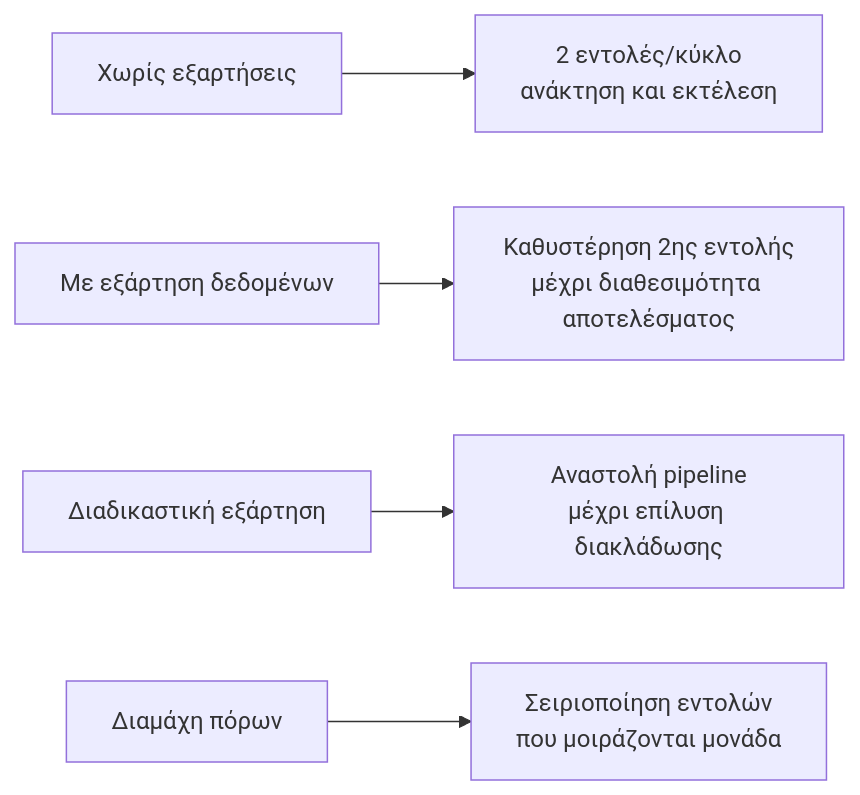
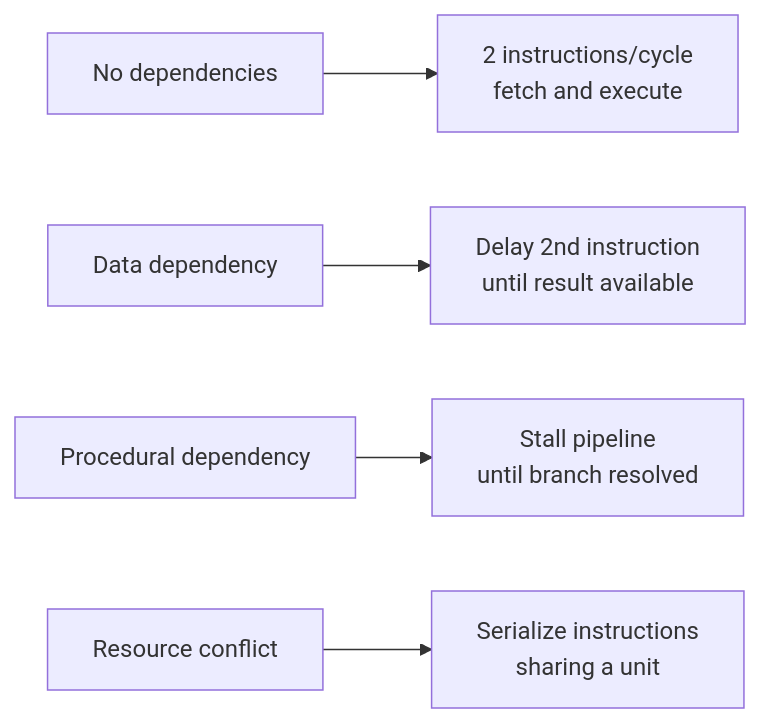
One commit to PanagopoulosNikolaos/DitOpenNotes changed the fourth of 11 diagrams in Year_2/Semester_3/COMPUTER_ARCHITECTURE/Resources/Notes/Superscalar-Processors-Notes-9.md. Above: the diagram before and after it, drawn with Mermaid. The commit also changed other lines of this file and 50 other files, not shown here.

````diff
--- a/Year_2/Semester_3/COMPUTER_ARCHITECTURE/Resources/Notes/Superscalar-Processors-Notes-9.md
+++ b/Year_2/Semester_3/COMPUTER_ARCHITECTURE/Resources/Notes/Superscalar-Processors-Notes-9.md
@@ -180,7 +180,7 @@
 ```mermaid
 flowchart LR
-    A[Χωρίς εξαρτήσεις] --> B[2 εντολές/κύκλο<br/>ανάκτηση και εκτέλεση]
-    C[Με εξάρτηση δεδομένων] --> D[Καθυστέρηση 2ης εντολής<br/>μέχρι διαθεσιμότητα αποτελέσματος]
-    E[Διαδικαστική εξάρτηση] --> F[Αναστολή pipeline<br/>μέχρι επίλυση διακλάδωσης]
-    G[Διαμάχη πόρων] --> H[Σειριοποίηση εντολών<br/>που μοιράζονται μονάδα]
+    A[No dependencies] --> B[2 instructions/cycle<br/>fetch and execute]
+    C[Data dependency] --> D[Delay 2nd instruction<br/>until result available]
+    E[Procedural dependency] --> F[Stall pipeline<br/>until branch resolved]
+    G[Resource conflict] --> H[Serialize instructions<br/>sharing a unit]
 ```
````
